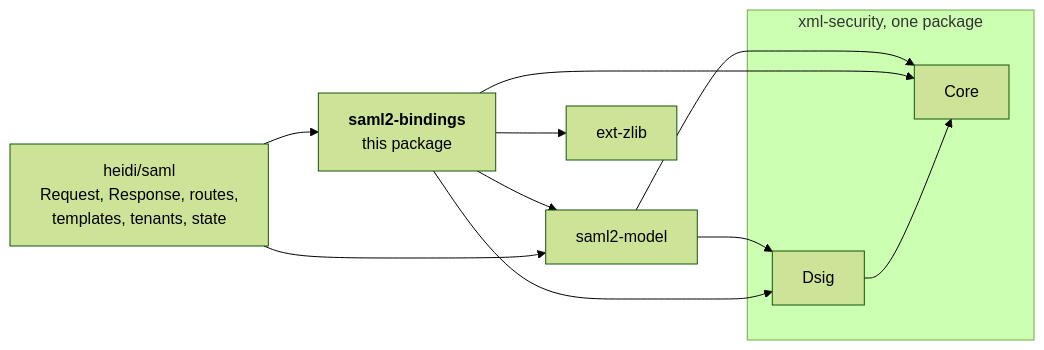
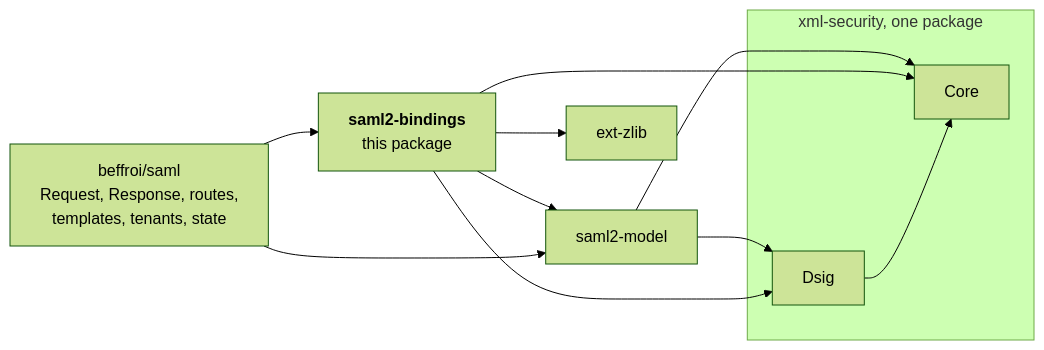
The diagram in spec/bindings.md (beffroi-auth/saml2-bindings), drawn with Mermaid (forest theme) before and after one commit. The commit also changed other lines of this file and 4 other files, not shown here.

````diff
--- a/spec/bindings.md
+++ b/spec/bindings.md
@@ -31,14 +31,14 @@
 ```mermaid
 graph LR
-    saml["heidi/saml<br/>Request, Response, routes,<br/>templates, tenants, state"] --> bindings["<b>saml2-bindings</b><br/>this package"]
+    saml["beffroi/saml<br/>Request, Response, routes,<br/>templates, tenants, state"] --> bindings["<b>saml2-bindings</b><br/>this package"]
     saml --> model
     bindings --> model["saml2-model"]
     subgraph xmlsec["xml-security, one package"]
         dsig["Dsig"] --> core["Core"]
     end
     bindings --> core
     bindings --> dsig
     model --> core
     model --> dsig
     bindings --> zlib["ext-zlib"]
 ```
````
